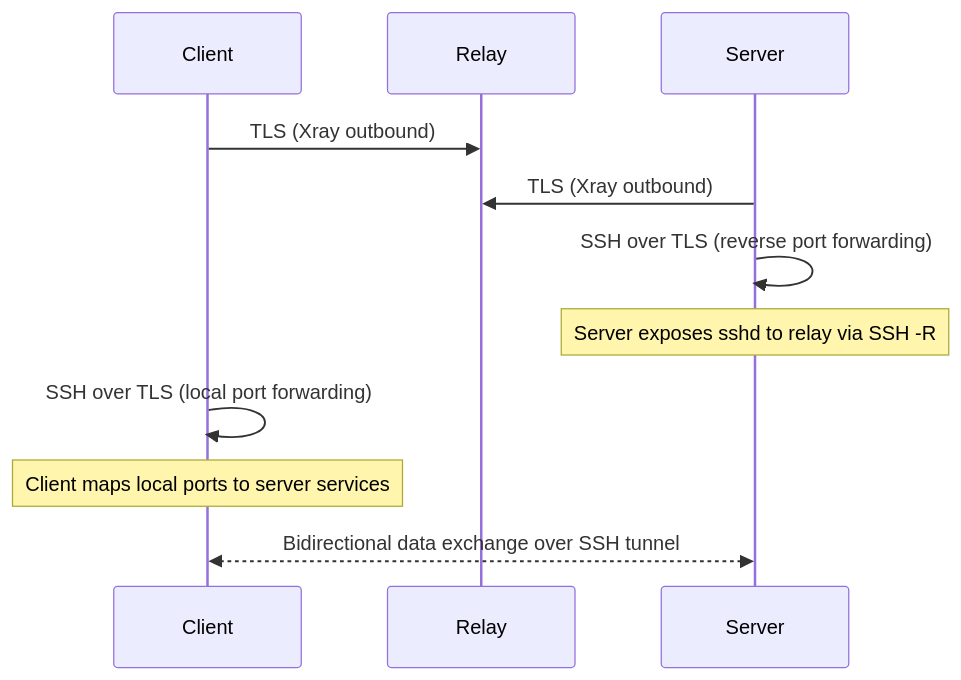
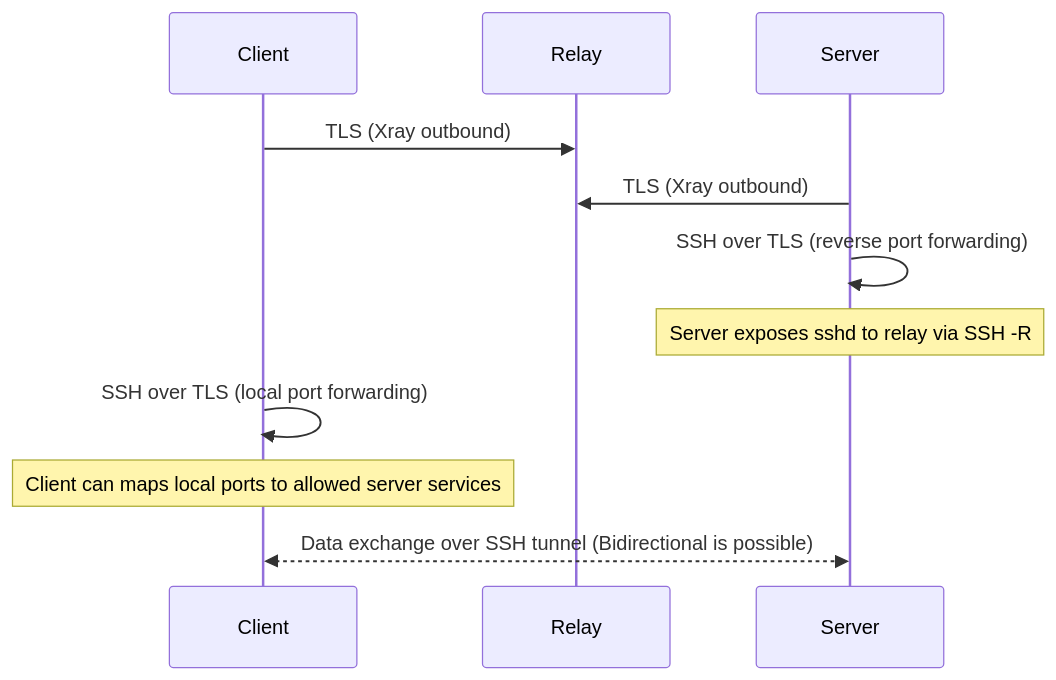
Before and after one commit to alicommit-malp/Tunnel-Whisperer: the diagram in docs/architecture/high-level.md, drawn with Mermaid.

````diff
--- a/docs/architecture/high-level.md
+++ b/docs/architecture/high-level.md
@@ -7,18 +7,17 @@
 ```mermaid
 sequenceDiagram
     participant c as Client
     participant r as Relay
     participant s as Server
 
     c ->> r : TLS (Xray outbound)
     s ->> r : TLS (Xray outbound)
 
     s ->> s : SSH over TLS (reverse port forwarding)
     note over s: Server exposes sshd to relay via SSH -R
 
     c ->> c : SSH over TLS (local port forwarding)
-    note over c: Client maps local ports to server services
-
-    c <<-->> s : Bidirectional data exchange over SSH tunnel
+    note over c: Client can maps local ports to allowed server services
+    c <<-->> s : Data exchange over SSH tunnel (Bidirectional is possible)
 
 ```
````
